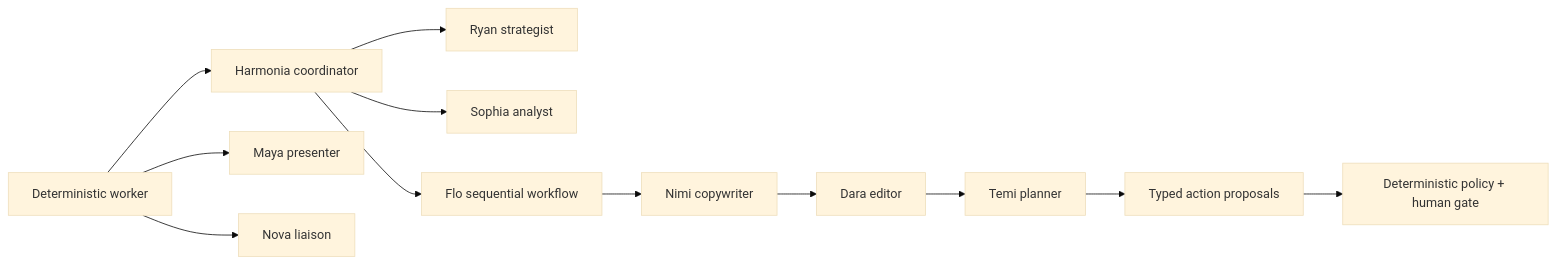
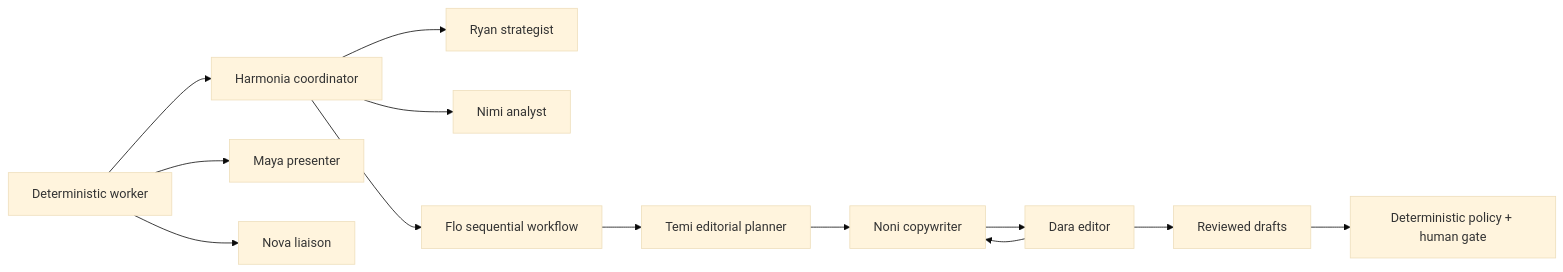
One commit to danielAsaboro/harmonia-agents-for-humans changed the diagram in docs/agent-platform.mdx. Above: the diagram before and after it, drawn with Mermaid (base theme). The commit also changed other lines of this file and 47 other files, not shown here.

````diff
--- a/docs/agent-platform.mdx
+++ b/docs/agent-platform.mdx
@@ -16,14 +16,15 @@
 ```mermaid
 flowchart LR
   W[Deterministic worker] --> H[Harmonia coordinator]
   H --> R[Ryan strategist]
-  H --> S[Sophia analyst]
+  H --> S[Nimi analyst]
   H --> F[Flo sequential workflow]
-  F --> N[Nimi copywriter]
+  F --> T[Temi editorial planner]
+  T --> N[Noni copywriter]
   N --> D[Dara editor]
-  D --> T[Temi planner]
+  D --> N
   W --> M[Maya presenter]
   W --> V[Nova liaison]
-  T --> P[Typed action proposals]
+  D --> P[Reviewed drafts]
   P --> G[Deterministic policy + human gate]
 ```
````
